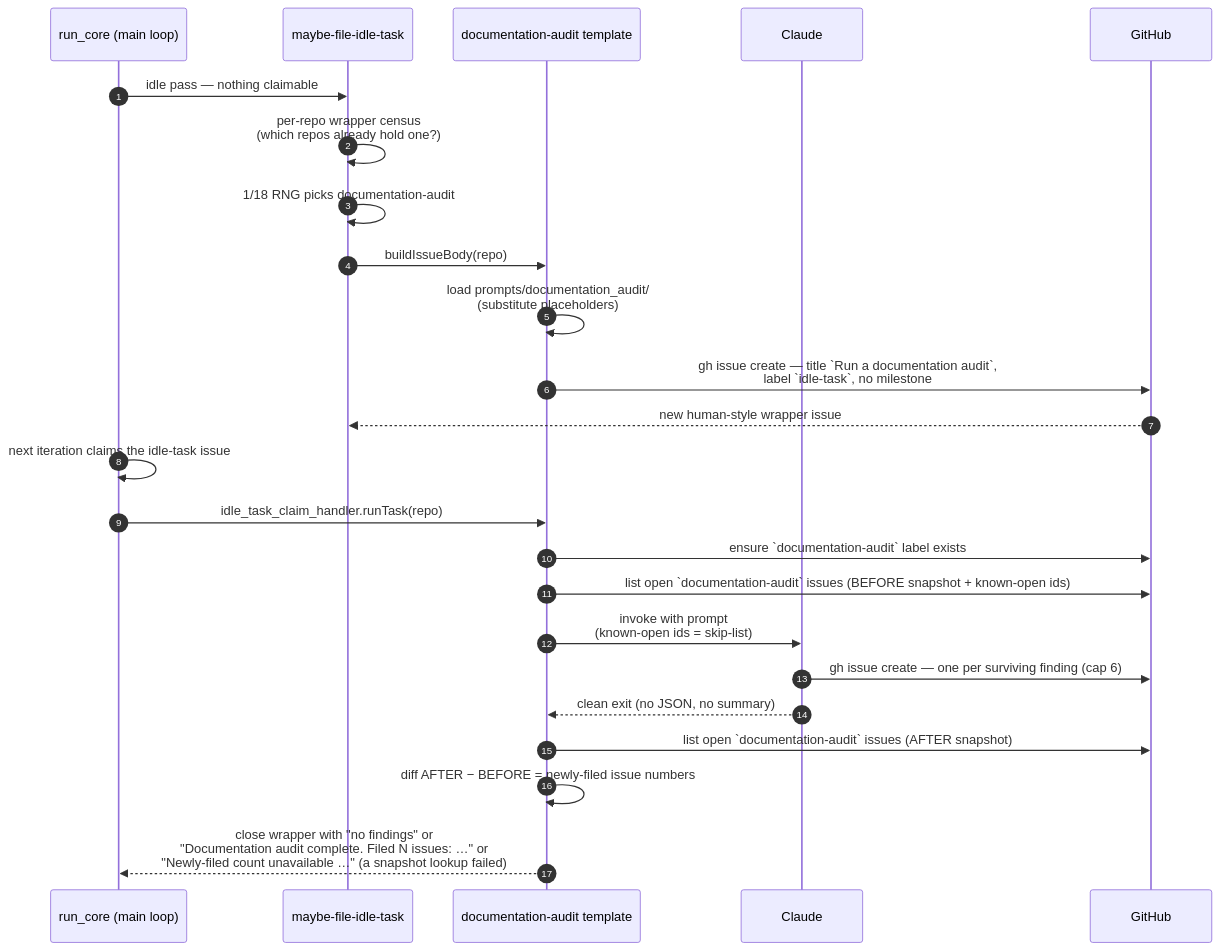
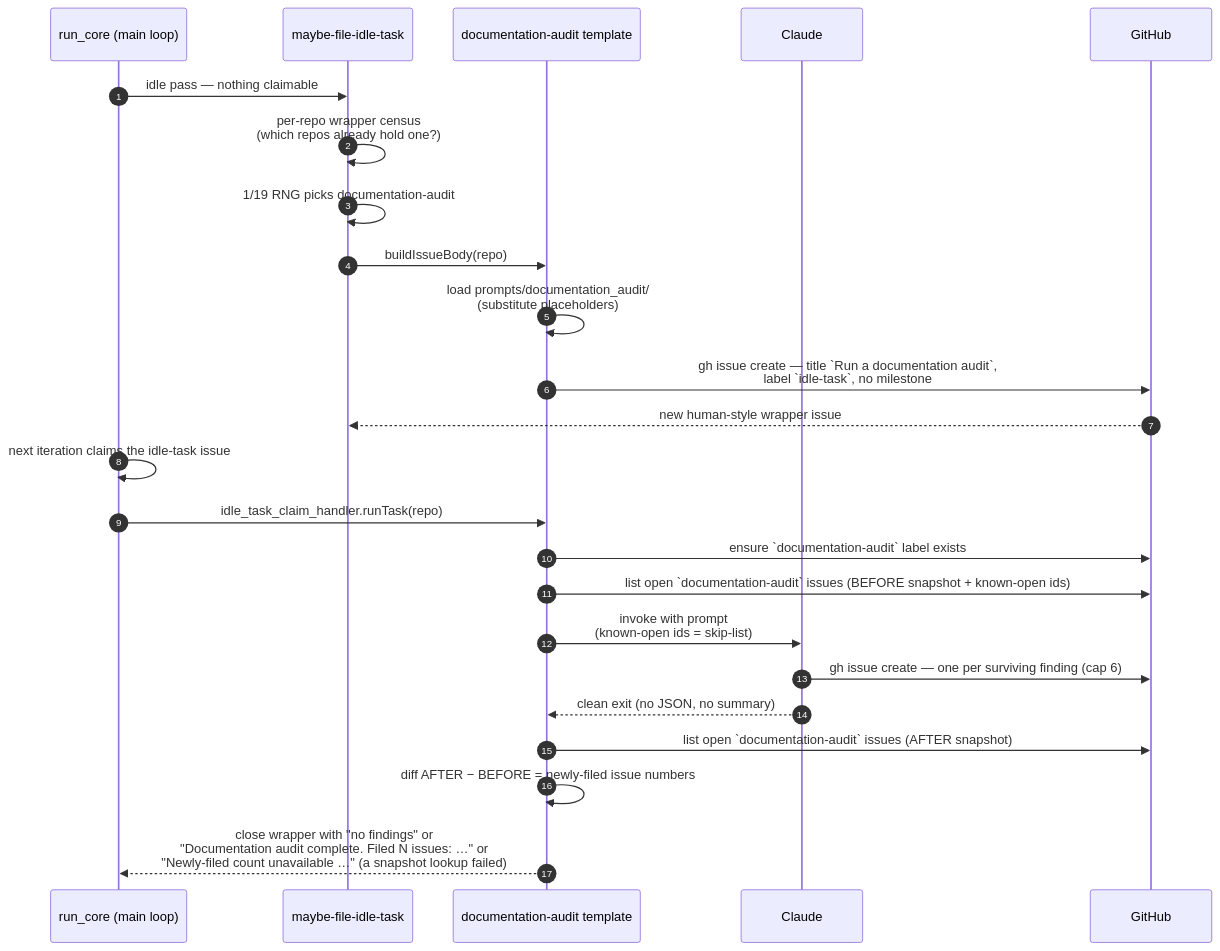
One commit to stSoftwareAU/VibeCoder changed the diagram in docs/DOCUMENTATION-AUDIT-SCAN.md. Above: the diagram before and after it, drawn with Mermaid. The commit also changed 12 other files, not shown here.

````diff
--- a/docs/DOCUMENTATION-AUDIT-SCAN.md
+++ b/docs/DOCUMENTATION-AUDIT-SCAN.md
@@ -167,27 +167,27 @@
 ```mermaid
 sequenceDiagram
     autonumber
     participant Main as run_core (main loop)
     participant Filer as maybe-file-idle-task
     participant Template as documentation-audit template
     participant Claude
     participant GH as GitHub
 
     Main->>Filer: idle pass — nothing claimable
     Filer->>Filer: per-repo wrapper census<br/>(which repos already hold one?)
-    Filer->>Filer: 1/18 RNG picks documentation-audit
+    Filer->>Filer: 1/19 RNG picks documentation-audit
     Filer->>Template: buildIssueBody(repo)
     Template->>Template: load prompts/documentation_audit/<br/>(substitute placeholders)
     Template->>GH: gh issue create — title `Run a documentation audit`,<br/>label `idle-task`, no milestone
     GH-->>Filer: new human-style wrapper issue
     Main->>Main: next iteration claims the idle-task issue
     Main->>Template: idle_task_claim_handler.runTask(repo)
     Template->>GH: ensure `documentation-audit` label exists
     Template->>GH: list open `documentation-audit` issues (BEFORE snapshot + known-open ids)
     Template->>Claude: invoke with prompt<br/>(known-open ids = skip-list)
     Claude->>GH: gh issue create — one per surviving finding (cap 6)
     Claude-->>Template: clean exit (no JSON, no summary)
     Template->>GH: list open `documentation-audit` issues (AFTER snapshot)
     Template->>Template: diff AFTER − BEFORE = newly-filed issue numbers
     Template-->>Main: close wrapper with "no findings" or<br/>"Documentation audit complete. Filed N issues: …" or<br/>"Newly-filed count unavailable …" (a snapshot lookup failed)
 ```
````
